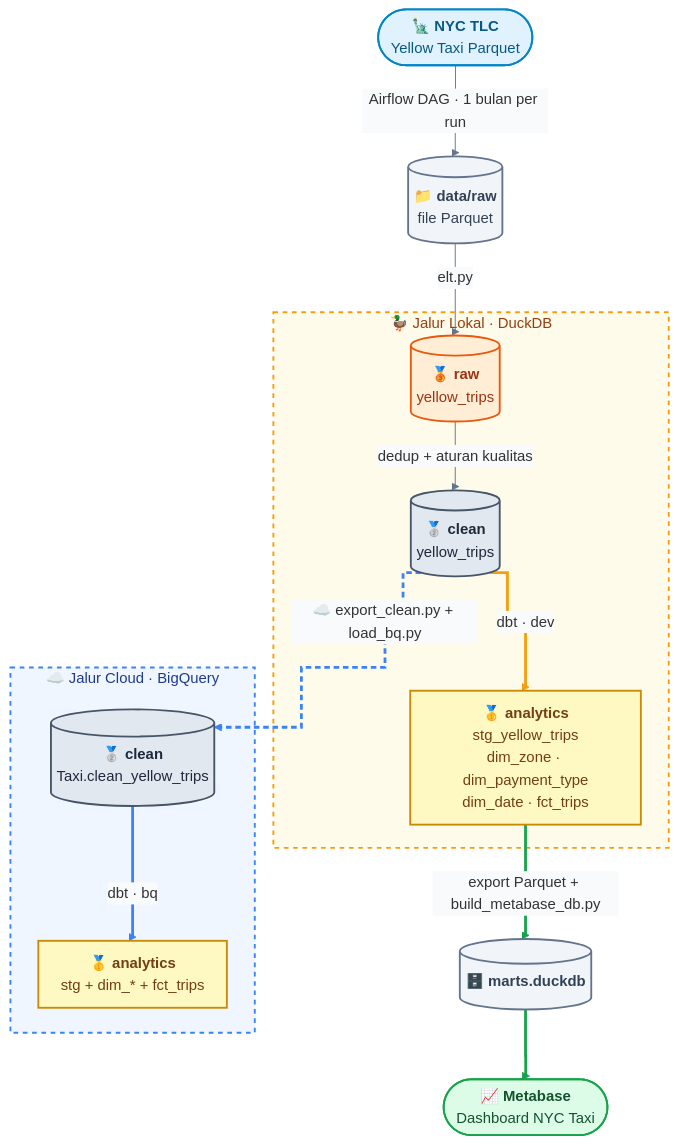
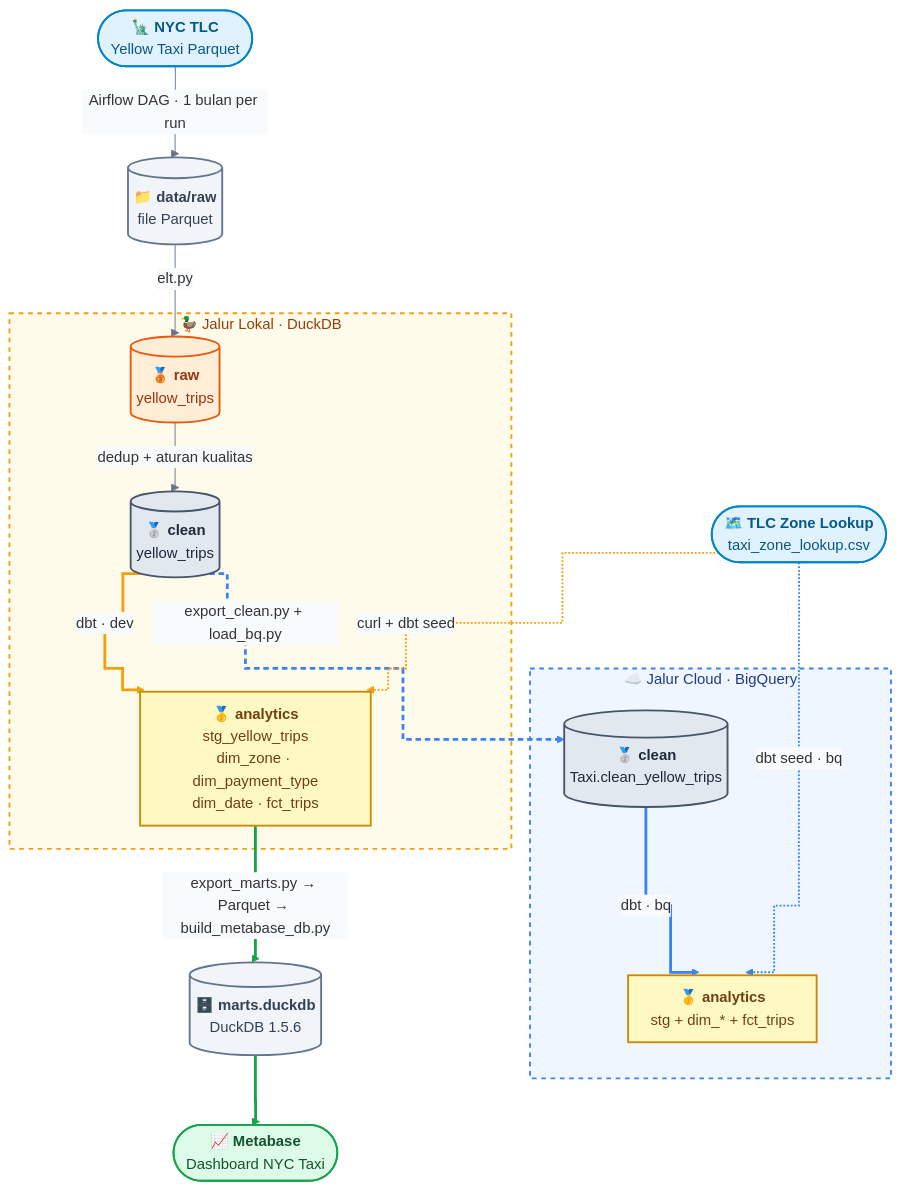
Before and after one commit to MacFlurries/elt-nyc-taxi: the first of 2 diagrams in docs/architecture.md, drawn with Mermaid. The commit also changed other lines of this file, not shown here.

First line of the commit message:
Revise NYC Taxi ELT architecture documentation

````diff
--- a/docs/architecture.md
+++ b/docs/architecture.md
@@ -3,45 +8,50 @@
 ```mermaid
 %%{init: {"theme":"base","themeVariables":{"fontFamily":"Inter, Segoe UI, sans-serif","fontSize":"16px","lineColor":"#64748b","textColor":"#1e293b","edgeLabelBackground":"#f8fafc"},"flowchart":{"curve":"step","nodeSpacing":40,"rankSpacing":50,"padding":12}}}%%
 flowchart TB
     TLC(["🗽 <b>NYC TLC</b><br/>Yellow Taxi Parquet"]):::source
+    ZONE(["🗺️ <b>TLC Zone Lookup</b><br/>taxi_zone_lookup.csv"]):::source
     RAWF[("📁 <b>data/raw</b><br/>file Parquet")]:::storage
 
     subgraph DUCK["🦆 Jalur Lokal · DuckDB"]
         RAW[("🥉 <b>raw</b><br/>yellow_trips")]:::raw
         CLEAN[("🥈 <b>clean</b><br/>yellow_trips")]:::clean
         MARTS["🥇 <b>analytics</b><br/>stg_yellow_trips<br/>dim_zone · dim_payment_type<br/>dim_date · fct_trips"]:::mart
     end
 
-    MBDB[("🗄️ <b>marts.duckdb</b>")]:::storage
+    MBDB[("🗄️ <b>marts.duckdb</b><br/>DuckDB 1.5.6")]:::storage
     MB(["📈 <b>Metabase</b><br/>Dashboard NYC Taxi"]):::bi
 
     subgraph BQ["☁️ Jalur Cloud · BigQuery"]
         BQC[("🥈 <b>clean</b><br/>Taxi.clean_yellow_trips")]:::clean
         BQM["🥇 <b>analytics</b><br/>stg + dim_* + fct_trips"]:::mart
     end
 
     %% ---- Alur (urutan edge dipakai oleh linkStyle di bawah) ----
     TLC  -->|"Airflow DAG · 1 bulan per run"| RAWF
     RAWF -->|"elt.py"| RAW
     RAW  -->|"dedup + aturan kualitas"| CLEAN
     CLEAN -->|"dbt · dev"| MARTS
-    MARTS -->|"export Parquet + build_metabase_db.py"| MBDB
+    MARTS -->|"export_marts.py → Parquet → build_metabase_db.py"| MBDB
     MBDB --> MB
-    CLEAN -.->|"☁️ export_clean.py + load_bq.py"| BQC
+    CLEAN -.->|"export_clean.py + load_bq.py"| BQC
     BQC  -->|"dbt · bq"| BQM
+    ZONE -.->|"curl + dbt seed"| MARTS
+    ZONE -.->|"dbt seed · bq"| BQM
 
     classDef source  fill:#e0f2fe,stroke:#0284c7,stroke-width:2px,color:#075985
     classDef storage fill:#f1f5f9,stroke:#64748b,stroke-width:2px,color:#334155
     classDef raw     fill:#ffedd5,stroke:#ea580c,stroke-width:2px,color:#9a3412
     classDef clean   fill:#e2e8f0,stroke:#475569,stroke-width:2px,color:#1e293b
     classDef mart    fill:#fef9c3,stroke:#ca8a04,stroke-width:2px,color:#713f12
     classDef bi      fill:#dcfce7,stroke:#16a34a,stroke-width:2px,color:#14532d
 
     style DUCK fill:#fffbeb,stroke:#f59e0b,stroke-width:2px,stroke-dasharray:5 5,color:#92400e
     style BQ   fill:#eff6ff,stroke:#3b82f6,stroke-width:2px,stroke-dasharray:5 5,color:#1e3a8a
 
     linkStyle 3 stroke:#f59e0b,stroke-width:3px
     linkStyle 4,5 stroke:#16a34a,stroke-width:3px
     linkStyle 6 stroke:#3b82f6,stroke-width:3px,stroke-dasharray:6 4
     linkStyle 7 stroke:#3b82f6,stroke-width:3px
+    linkStyle 8 stroke:#f59e0b,stroke-width:2px
+    linkStyle 9 stroke:#3b82f6,stroke-width:2px
 ```
````
